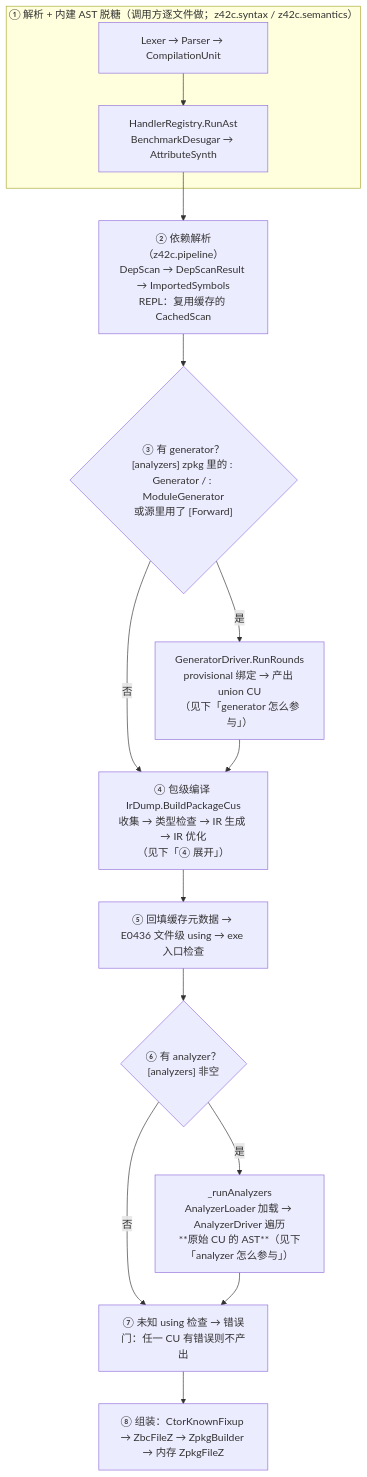
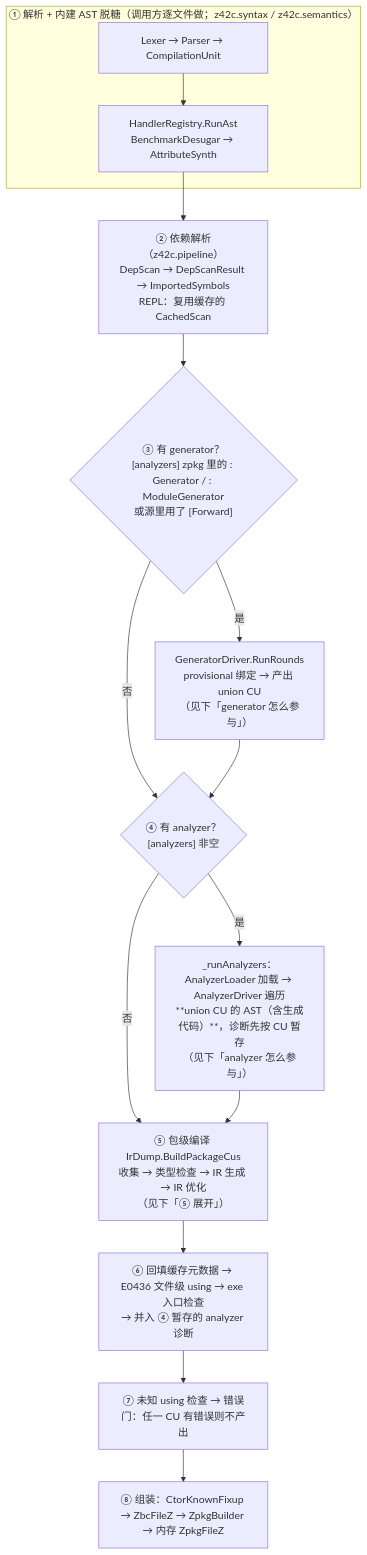
The second of 4 diagrams in docs/internals/src/compiler/source-compile.md (z42-lang/z42), drawn with Mermaid before and after one commit. The commit also changed other lines of this file and 2 other files, not shown here.

First line of the commit message:
refactor(z42c): analyzer 前移到 generator 之后、包级编译之前，检查生成代码

````diff
--- a/docs/internals/src/compiler/source-compile.md
+++ b/docs/internals/src/compiler/source-compile.md
@@ -25,18 +25,19 @@
 ```mermaid
 flowchart TD
   subgraph S0["① 解析 + 内建 AST 脱糖（调用方逐文件做；z42c.syntax / z42c.semantics）"]
     P0[Lexer → Parser → CompilationUnit] --> RA["HandlerRegistry.RunAst<br/>BenchmarkDesugar → AttributeSynth"]
   end
   RA --> DEP["② 依赖解析（z42c.pipeline）<br/>DepScan → DepScanResult → ImportedSymbols<br/>REPL：复用缓存的 CachedScan"]
   DEP --> GATE{"③ 有 generator？<br/>[analyzers] zpkg 里的 : Generator / : ModuleGenerator<br/>或源里用了 [Forward]"}
-  GATE -->|否| BIND
+  GATE -->|否| AGATE
   GATE -->|是| GEN["GeneratorDriver.RunRounds<br/>provisional 绑定 → 产出 union CU<br/>（见下「generator 怎么参与」）"]
-  GEN --> BIND
-  BIND["④ 包级编译 IrDump.BuildPackageCus<br/>收集 → 类型检查 → IR 生成 → IR 优化<br/>（见下「④ 展开」）"]
-  BIND --> POST["⑤ 回填缓存元数据 → E0436 文件级 using → exe 入口检查"]
-  POST --> AGATE{"⑥ 有 analyzer？<br/>[analyzers] 非空"}
-  AGATE -->|否| TAIL
-  AGATE -->|是| AN["_runAnalyzers<br/>AnalyzerLoader 加载 → AnalyzerDriver 遍历<br/>**原始 CU 的 AST**（见下「analyzer 怎么参与」）"]
-  AN --> TAIL["⑦ 未知 using 检查 → 错误门：任一 CU 有错误则不产出"]
+  GEN --> AGATE
+  AGATE{"④ 有 analyzer？<br/>[analyzers] 非空"}
+  AGATE -->|否| BIND
+  AGATE -->|是| AN["_runAnalyzers：AnalyzerLoader 加载 → AnalyzerDriver 遍历<br/>**union CU 的 AST（含生成代码）**，诊断先按 CU 暂存<br/>（见下「analyzer 怎么参与」）"]
+  AN --> BIND
+  BIND["⑤ 包级编译 IrDump.BuildPackageCus<br/>收集 → 类型检查 → IR 生成 → IR 优化<br/>（见下「⑤ 展开」）"]
+  BIND --> POST["⑥ 回填缓存元数据 → E0436 文件级 using → exe 入口检查<br/>→ 并入 ④ 暂存的 analyzer 诊断"]
+  POST --> TAIL["⑦ 未知 using 检查 → 错误门：任一 CU 有错误则不产出"]
   TAIL --> ASM["⑧ 组装：CtorKnownFixup → ZbcFileZ → ZpkgBuilder → 内存 ZpkgFileZ"]
 ```
````
